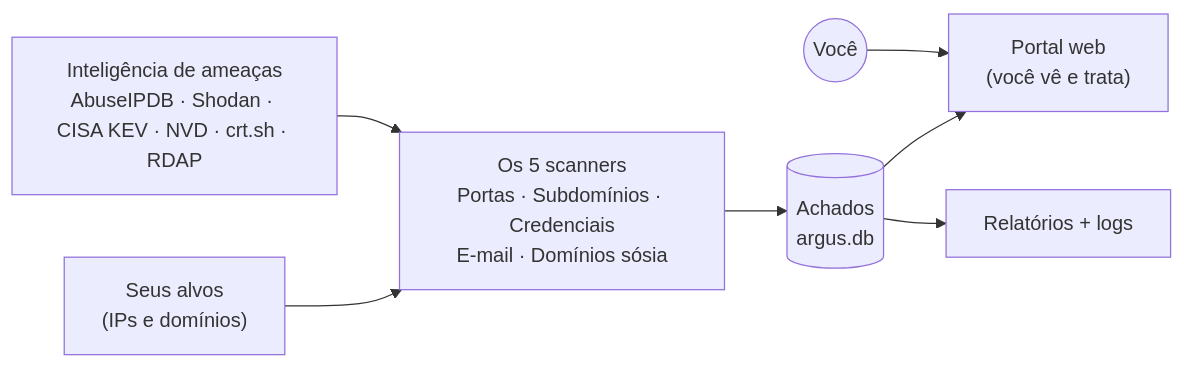
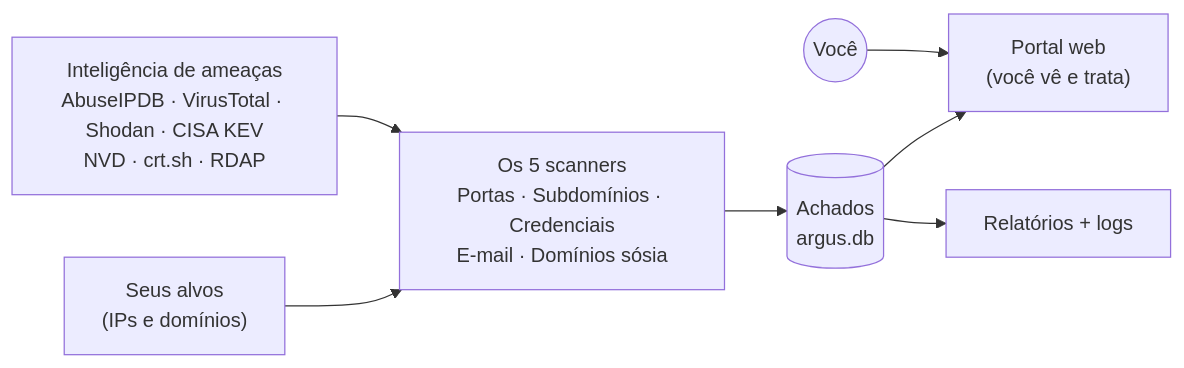
One commit to boliveiras/argus-asm-v1 changed the first of 2 diagrams in README.md. Above: the diagram before and after it, drawn with Mermaid. The commit also changed other lines of this file and 6 other files, not shown here.

````diff
--- a/README.md
+++ b/README.md
@@ -43,9 +43,9 @@
 ```mermaid
 flowchart LR
     A["Seus alvos<br/>(IPs e domínios)"] --> SC
-    TI["Inteligência de ameaças<br/>AbuseIPDB · Shodan · CISA KEV · NVD · crt.sh · RDAP"] --> SC
+    TI["Inteligência de ameaças<br/>AbuseIPDB · VirusTotal · Shodan · CISA KEV<br/>NVD · crt.sh · RDAP"] --> SC
     SC["Os 5 scanners<br/>Portas · Subdomínios · Credenciais<br/>E-mail · Domínios sósia"] --> DB[("Achados<br/>argus.db")]
     DB --> P["Portal web<br/>(você vê e trata)"]
     DB --> R["Relatórios + logs"]
     U(("Você")) --> P
 ```
````
